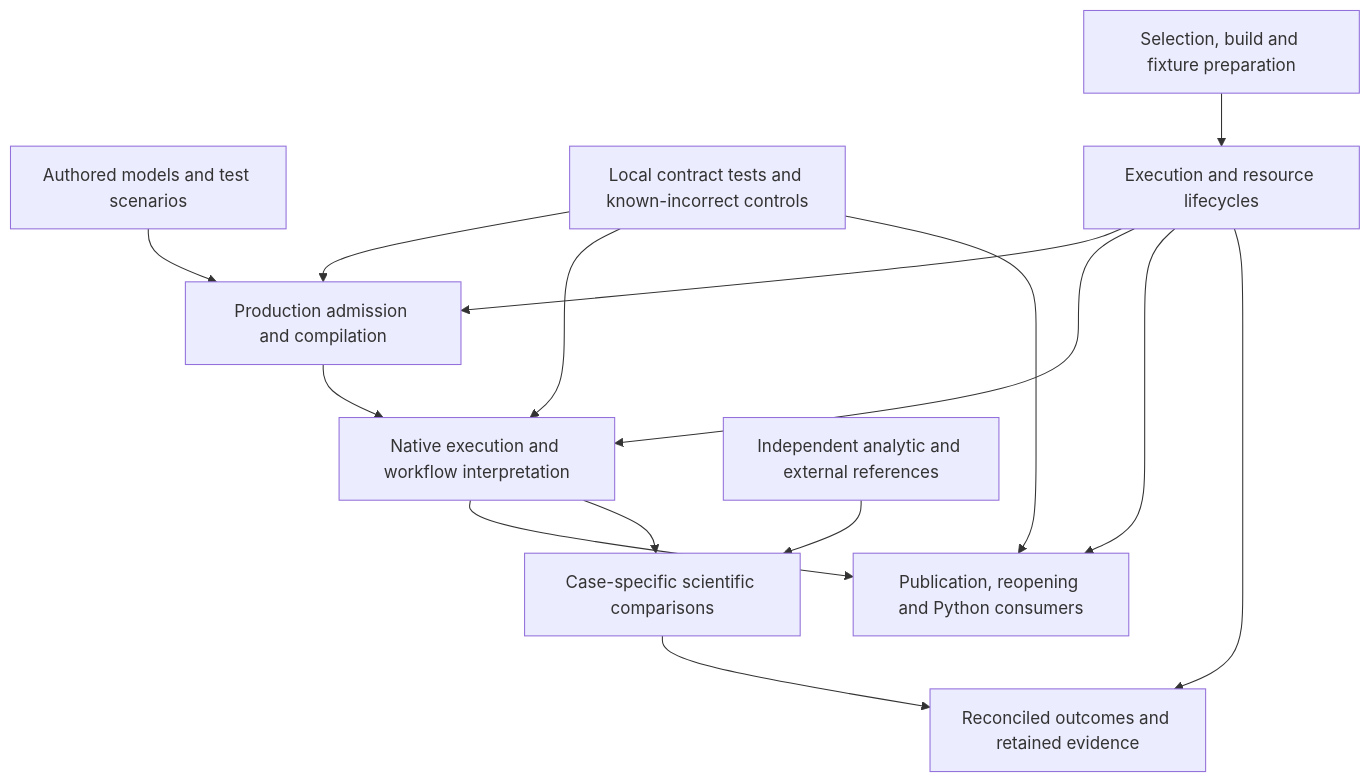
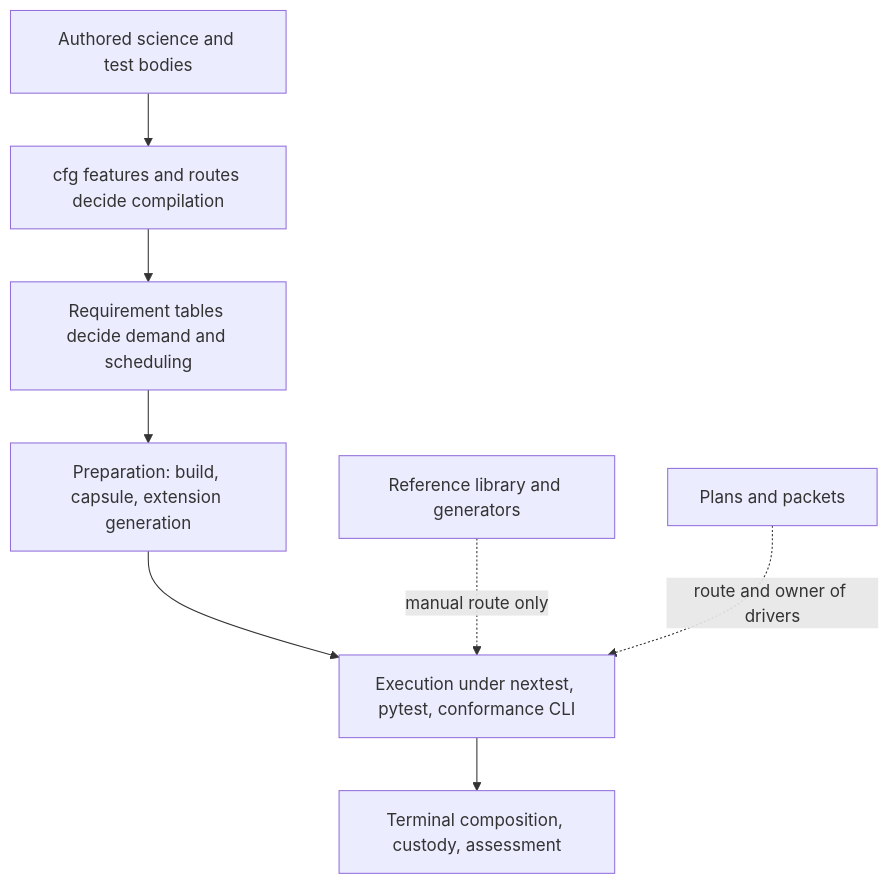
The diagram in docs/design_review/test-audit/architecture-and-assurance.md (paul-heyse/pse-arrow), drawn with Mermaid before and after one commit. The commit also changed other lines of this file and 6 other files, not shown here.

````diff
--- a/docs/design_review/test-audit/architecture-and-assurance.md
+++ b/docs/design_review/test-audit/architecture-and-assurance.md
@@ -18,17 +30,10 @@
 ```mermaid
 flowchart TB
-    A[Authored models and test scenarios] --> P[Production admission and compilation]
-    P --> N[Native execution and workflow interpretation]
-    N --> R[Publication, reopening and Python consumers]
-    O[Independent analytic and external references] --> C[Case-specific scientific comparisons]
-    N --> C
-    L[Local contract tests and known-incorrect controls] --> P
-    L --> N
-    L --> R
-    E[Selection, build and fixture preparation] --> X[Execution and resource lifecycles]
-    X --> P
-    X --> N
-    X --> R
-    X --> V[Reconciled outcomes and retained evidence]
-    C --> V
+    S[Authored science and test bodies] --> A[cfg features and routes decide compilation]
+    A --> Q[Requirement tables decide demand and scheduling]
+    Q --> P[Preparation: build, capsule, extension generation]
+    P --> X[Execution under nextest, pytest, conformance CLI]
+    X --> T[Terminal composition, custody, assessment]
+    R[Reference library and generators] -. manual route only .-> X
+    H[Plans and packets] -. route and owner of drivers .-> X
 ```
````
